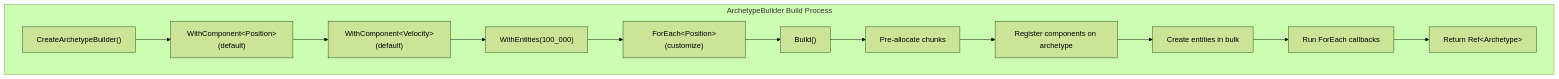
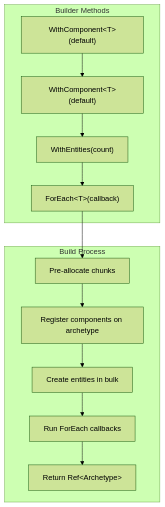
One commit to gilmar-sales/Freyr changed the first of 2 diagrams in docs/api/archetype-builder.md. Above: the diagram before and after it, drawn with Mermaid (forest theme).

Commit message:
docs(api): update events API diagram to show flush operation timing

````diff
--- a/docs/api/archetype-builder.md
+++ b/docs/api/archetype-builder.md
@@ -17,22 +17,21 @@
 ```mermaid
 graph TB
-    subgraph Build["ArchetypeBuilder Build Process"]
-        B["CreateArchetypeBuilder()"]
-        WC["WithComponent&lt;Position&gt;(default)"]
-        WV["WithComponent&lt;Velocity&gt;(default)"]
-        WE["WithEntities(100_000)"]
-        FE["ForEach&lt;Position&gt;(customize)"]
-        BUILD["Build()"]
+    subgraph Setup["Builder Methods"]
+        WC["WithComponent&lt;T&gt;(default)"]
+        WV["WithComponent&lt;T&gt;(default)"]
+        WE["WithEntities(count)"]
+        FE["ForEach&lt;T&gt;(callback)"]
+    end
+
+    subgraph Process["Build Process"]
         ALLOC["Pre-allocate chunks"]
         REG["Register components on archetype"]
         SPAWN["Create entities in bulk"]
         CALL["Run ForEach callbacks"]
         DONE["Return Ref&lt;Archetype&gt;"]
     end
 
-    B --> WC --> WV --> WE
-    WE --> FE
-    FE --> BUILD
-    BUILD --> ALLOC --> REG --> SPAWN --> CALL --> DONE
-
+    WC --> WV --> WE --> FE
+    FE --> ALLOC
+    ALLOC --> REG --> SPAWN --> CALL --> DONE
 ```
````
